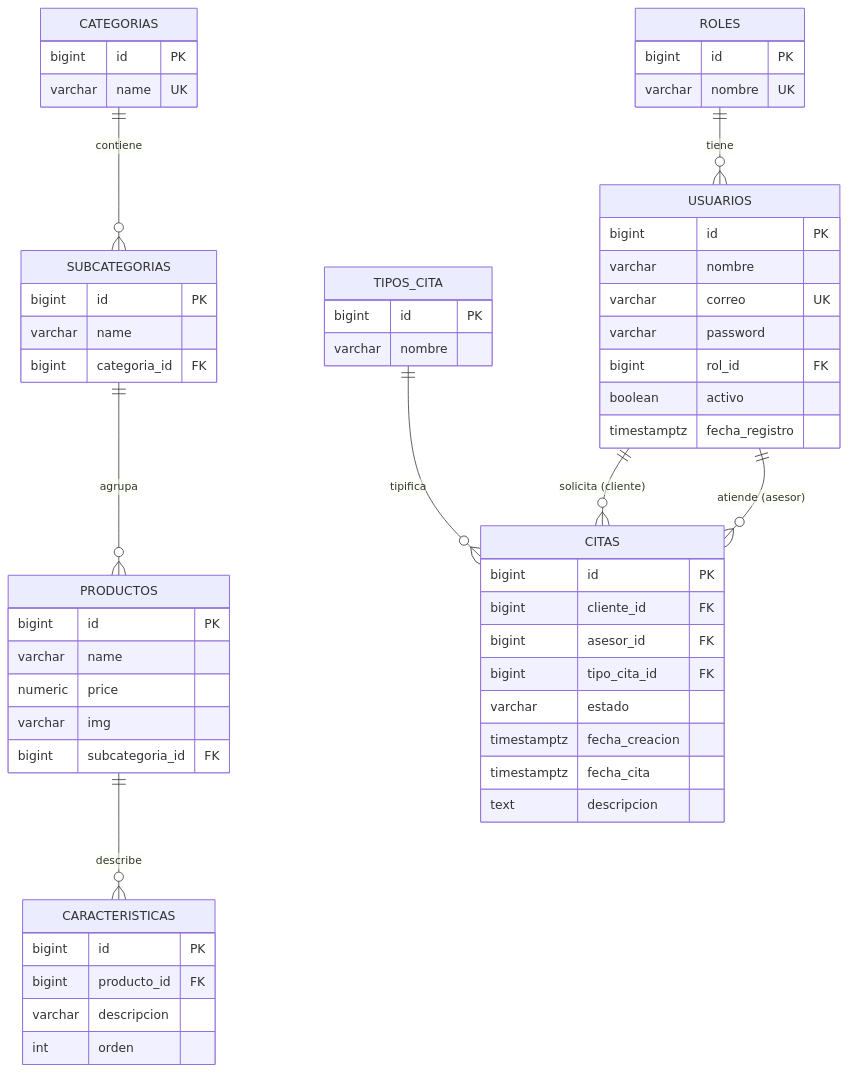
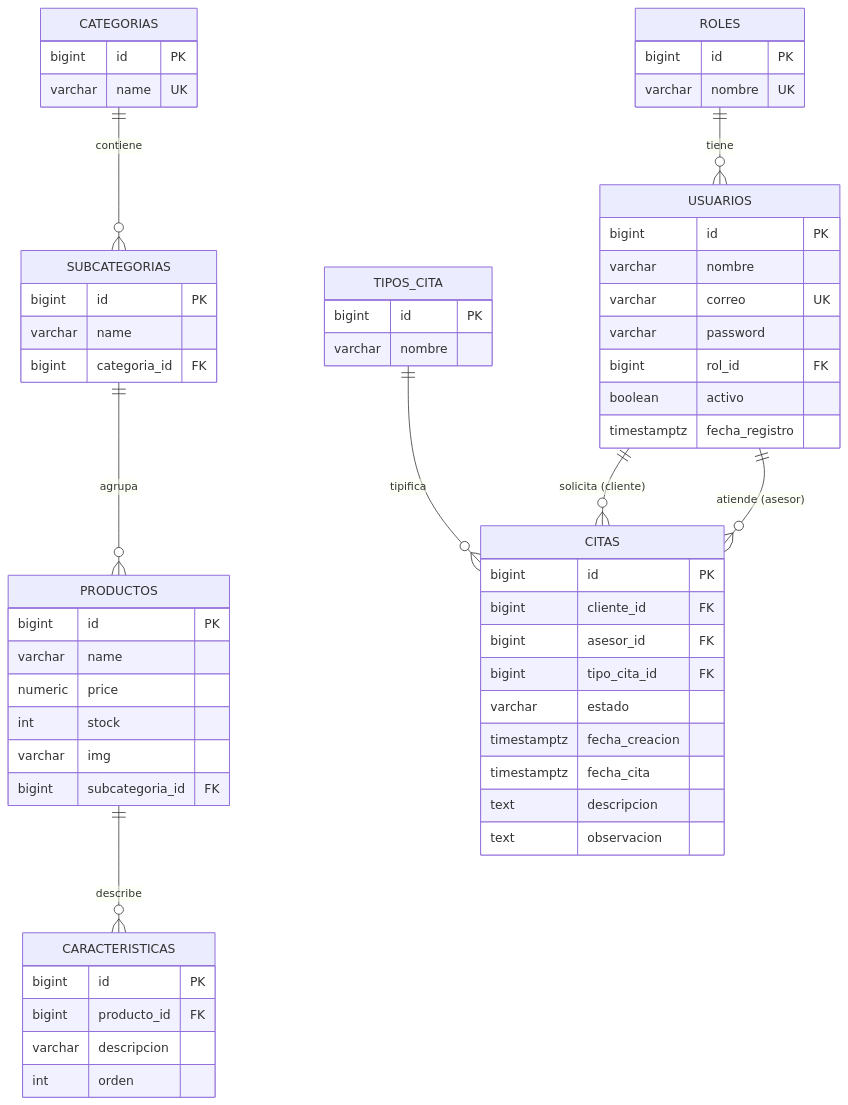
Before and after one commit to DevJuanP/SERVITEC-Monorepo: the diagram in docs/specs/02-data-model.md, drawn with Mermaid. The commit also changed other lines of this file and 9 other files, not shown here.

````diff
--- a/docs/specs/02-data-model.md
+++ b/docs/specs/02-data-model.md
@@ -13,60 +13,62 @@
 ```mermaid
 erDiagram
     ROLES ||--o{ USUARIOS : "tiene"
     CATEGORIAS ||--o{ SUBCATEGORIAS : "contiene"
     SUBCATEGORIAS ||--o{ PRODUCTOS : "agrupa"
     PRODUCTOS ||--o{ CARACTERISTICAS : "describe"
     TIPOS_CITA ||--o{ CITAS : "tipifica"
     USUARIOS ||--o{ CITAS : "solicita (cliente)"
     USUARIOS ||--o{ CITAS : "atiende (asesor)"
 
     ROLES {
         bigint id PK
         varchar nombre UK
     }
     USUARIOS {
         bigint id PK
         varchar nombre
         varchar correo UK
         varchar password
         bigint rol_id FK
         boolean activo
         timestamptz fecha_registro
     }
     CATEGORIAS {
         bigint id PK
         varchar name UK
     }
     SUBCATEGORIAS {
         bigint id PK
         varchar name
         bigint categoria_id FK
     }
     PRODUCTOS {
         bigint id PK
         varchar name
         numeric price
+        int stock
         varchar img
         bigint subcategoria_id FK
     }
     CARACTERISTICAS {
         bigint id PK
         bigint producto_id FK
         varchar descripcion
         int orden
     }
     TIPOS_CITA {
         bigint id PK
         varchar nombre
     }
     CITAS {
         bigint id PK
         bigint cliente_id FK
         bigint asesor_id FK
         bigint tipo_cita_id FK
         varchar estado
         timestamptz fecha_creacion
         timestamptz fecha_cita
         text descripcion
+        text observacion
     }
 ```
````
